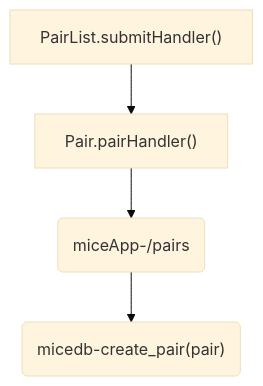
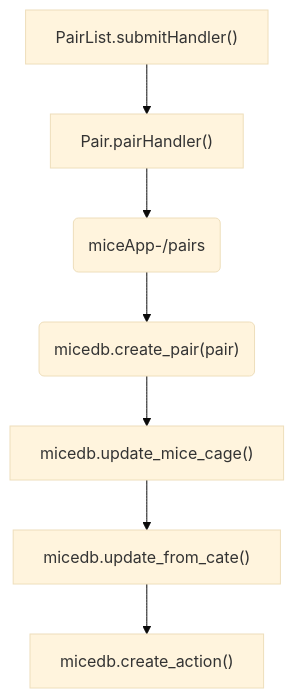
Before and after one commit to jwang1122/mice: the tenth of 13 diagrams in doc/mice.md, drawn with Mermaid (base theme). The commit also changed other lines of this file and 2 other files, not shown here.

Commit message:
try to re-write create_wean()

````diff
--- a/doc/mice.md
+++ b/doc/mice.md
@@ -327,9 +327,13 @@
 ```mermaid
 graph TB
 PAIR_LIST["PairList.submitHandler()"]
 PAIR_COMP["Pair.pairHandler()"]
 PAIR(miceApp-/pairs)
-CREATE("micedb-create_pair(pair)")
+CREATE("micedb.create_pair(pair)")
+MICE["micedb.update_mice_cage()"]
+FROM["micedb.update_from_cate()"]
+ACTION["micedb.create_action()"]
 
 PAIR_LIST --> PAIR_COMP --> PAIR --> CREATE
+CREATE-->MICE-->FROM-->ACTION
 ```
````
